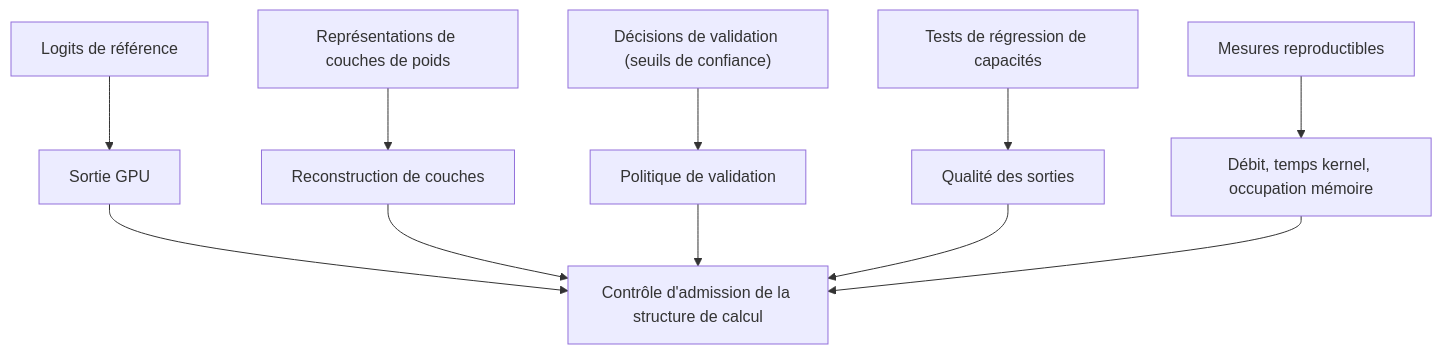
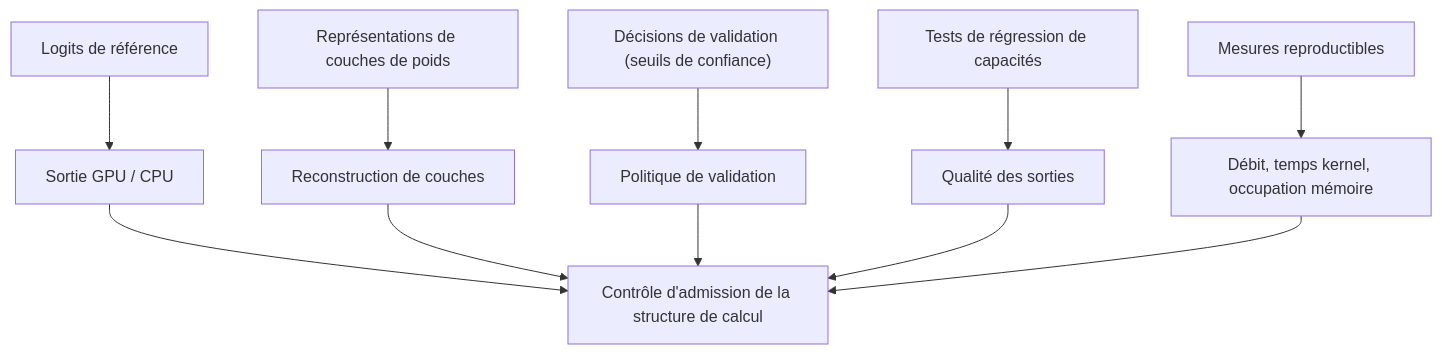
One commit to zenhit777/Alethe.IA changed the fourth of 4 diagrams in _Alethe.IA.md. Above: the diagram before and after it, drawn with Mermaid. The commit also changed other lines of this file and 5 other files, not shown here.

````diff
--- a/_Alethe.IA.md
+++ b/_Alethe.IA.md
@@ -385,9 +582,9 @@
 ```mermaid
 flowchart TD
-  L1["Logits de référence"] --> V1["Sortie GPU"]
+  L1["Logits de référence"] --> V1["Sortie GPU / CPU"]
   L2["Représentations de couches de poids"] --> V2["Reconstruction de couches"]
   L3["Décisions de validation (seuils de confiance)"] --> V3["Politique de validation"]
   L4["Tests de régression de capacités"] --> V4["Qualité des sorties"]
   L5["Mesures reproductibles"] --> V5["Débit, temps kernel, occupation mémoire"]
   V1 & V2 & V3 & V4 & V5 --> ADMIT["Contrôle d'admission de la structure de calcul"]
 ```
````
